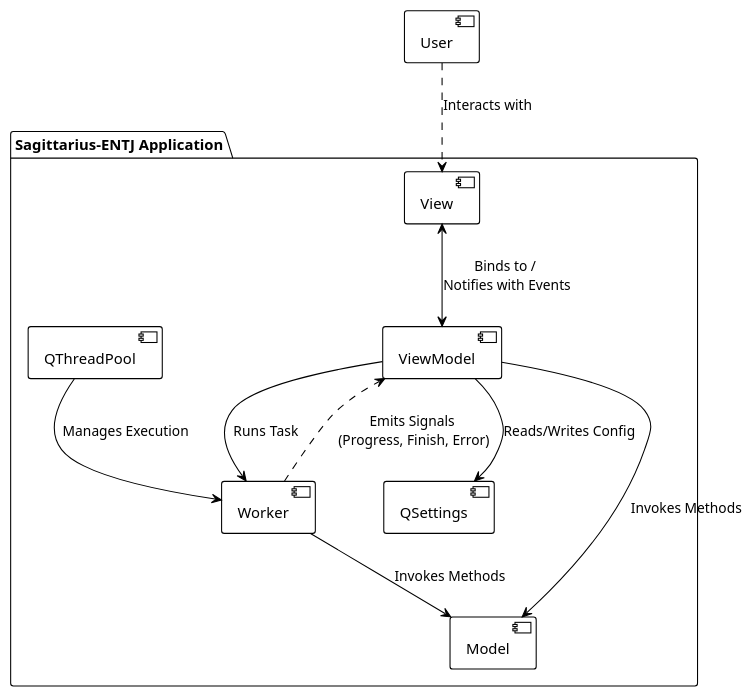
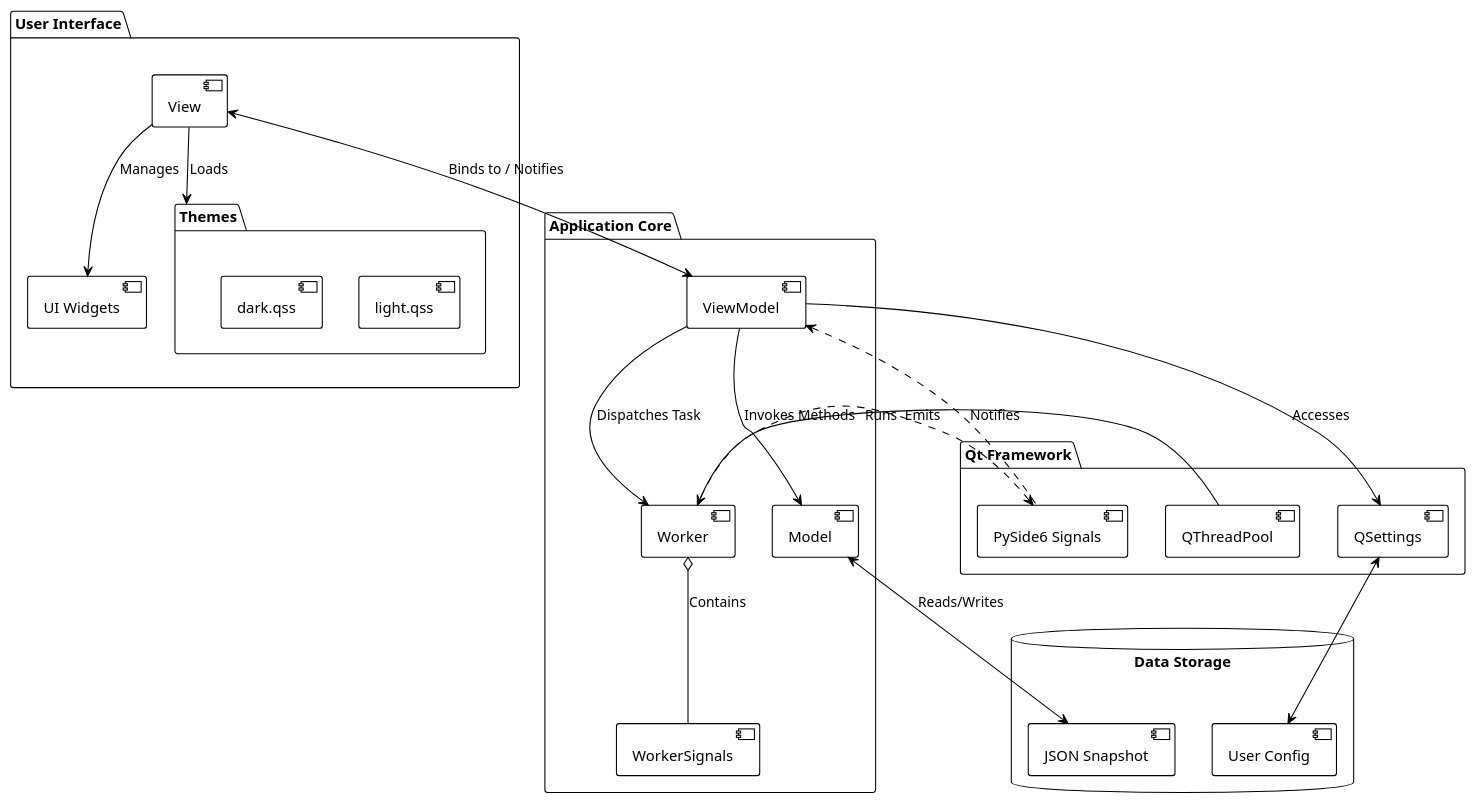
Before and after one commit to anhembedded/Sagittarius-ENTJ-App: the third of 3 diagrams in docs/SAD.md, drawn with PlantUML. The commit also changed other lines of this file and 1 other file, not shown here.

First line of the commit message:
This commit delivers a significant enhancement to the software documentation, providing more detailed architectural and design views as requested.

````diff
--- a/docs/SAD.md
+++ b/docs/SAD.md
@@ -35,24 +133,46 @@
 ```plantuml
 @startuml
 !theme plain
 
-package "Sagittarius-ENTJ Application" {
-    [View]
-    [ViewModel]
-    [Model]
-    [Worker]
-    [QSettings]
-    [QThreadPool]
-
-    [View] <--> [ViewModel] : Binds to / \nNotifies with Events
-    [ViewModel] --> [Model] : Invokes Methods
-    [ViewModel] --> [Worker] : Runs Task
-    [ViewModel] --> [QSettings] : Reads/Writes Config
-    [Worker] --> [Model] : Invokes Methods
-    [Worker] ..> [ViewModel] : Emits Signals \n(Progress, Finish, Error)
-    [QThreadPool] --> [Worker] : Manages Execution
+package "User Interface" {
+  [View]
+  [UI Widgets]
+  folder "Themes" as Themes {
+    [light.qss]
+    [dark.qss]
+  }
 }
 
-[User] ..> [View] : Interacts with
+package "Application Core" {
+  [ViewModel]
+  [Model]
+  [Worker]
+  [WorkerSignals]
+}
+
+package "Qt Framework" {
+  [QThreadPool]
+  [QSettings]
+  [PySide6 Signals]
+}
+
+database "Data Storage" {
+  [JSON Snapshot]
+  [User Config]
+}
+
+View --> [UI Widgets] : Manages
+View --> Themes : Loads
+View <--> ViewModel : Binds to / Notifies
+ViewModel --> Model : Invokes Methods
+ViewModel --> Worker : Dispatches Task
+ViewModel --> QSettings : Accesses
+QSettings <--> [User Config]
+Worker .up.> [PySide6 Signals] : Emits
+[PySide6 Signals] .up.> ViewModel : Notifies
+Worker o-- WorkerSignals : Contains
+QThreadPool --> Worker : Runs
+Model <--> [JSON Snapshot] : Reads/Writes
+
 @enduml
 ```
````
